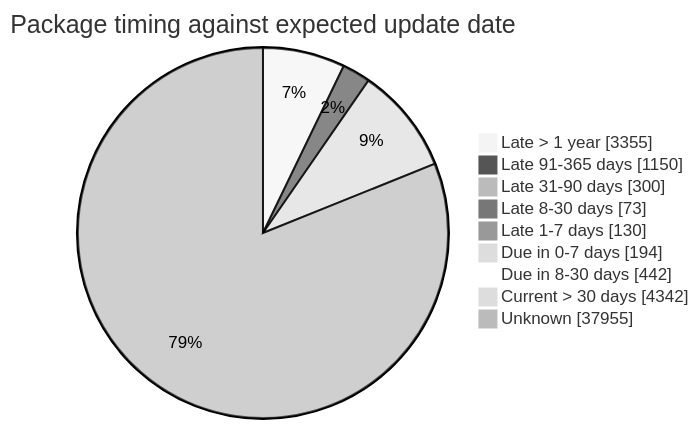
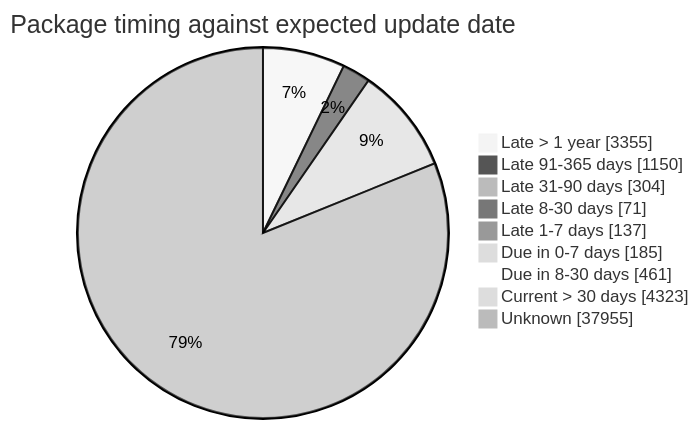
One commit to open-data/analytics-corporate-reporting changed the fourth of 5 diagrams in FreshCheck/README.md. Above: the diagram before and after it, drawn with Mermaid (neutral theme). The commit also changed other lines of this file and 3 other files, not shown here.

````diff
--- a/FreshCheck/README.md
+++ b/FreshCheck/README.md
@@ -86,12 +86,12 @@
 ```mermaid
 pie showData title Package timing against expected update date
     "Late > 1 year": 3355
     "Late 91-365 days": 1150
-    "Late 31-90 days": 300
-    "Late 8-30 days": 73
-    "Late 1-7 days": 130
-    "Due in 0-7 days": 194
-    "Due in 8-30 days": 442
-    "Current > 30 days": 4342
+    "Late 31-90 days": 304
+    "Late 8-30 days": 71
+    "Late 1-7 days": 137
+    "Due in 0-7 days": 185
+    "Due in 8-30 days": 461
+    "Current > 30 days": 4323
     "Unknown": 37955
 ```
````
